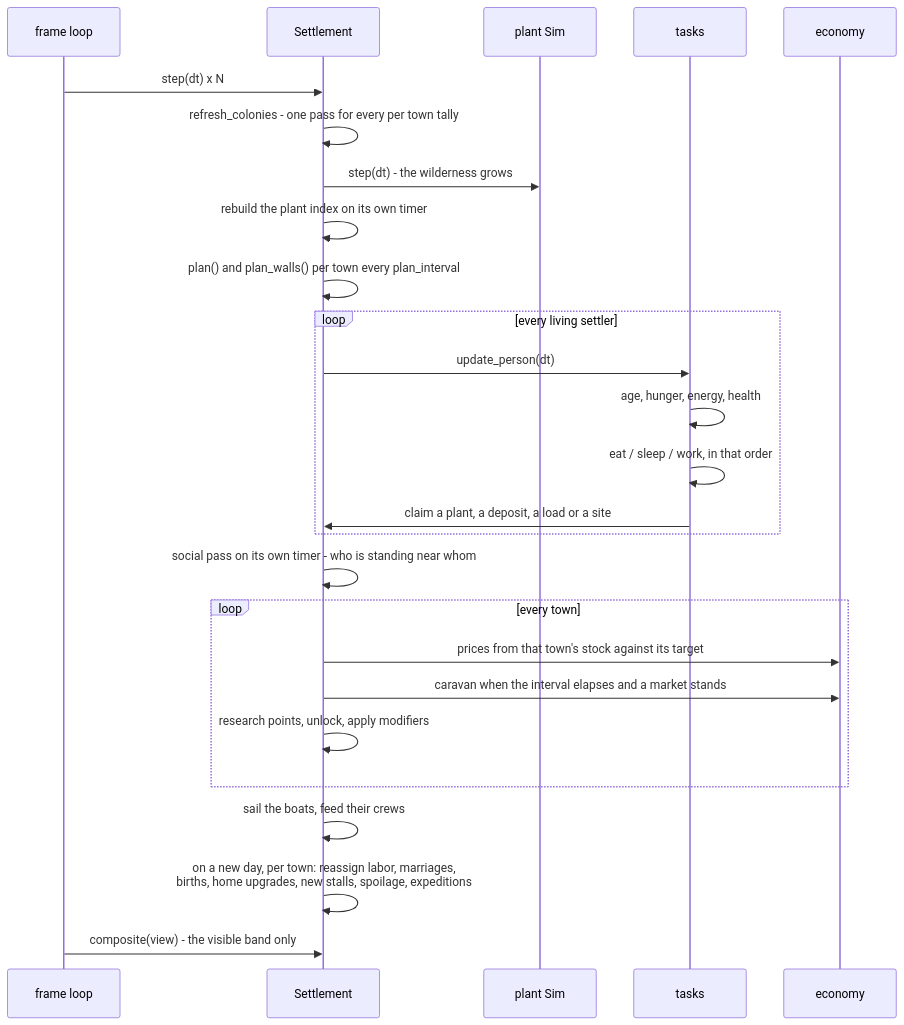
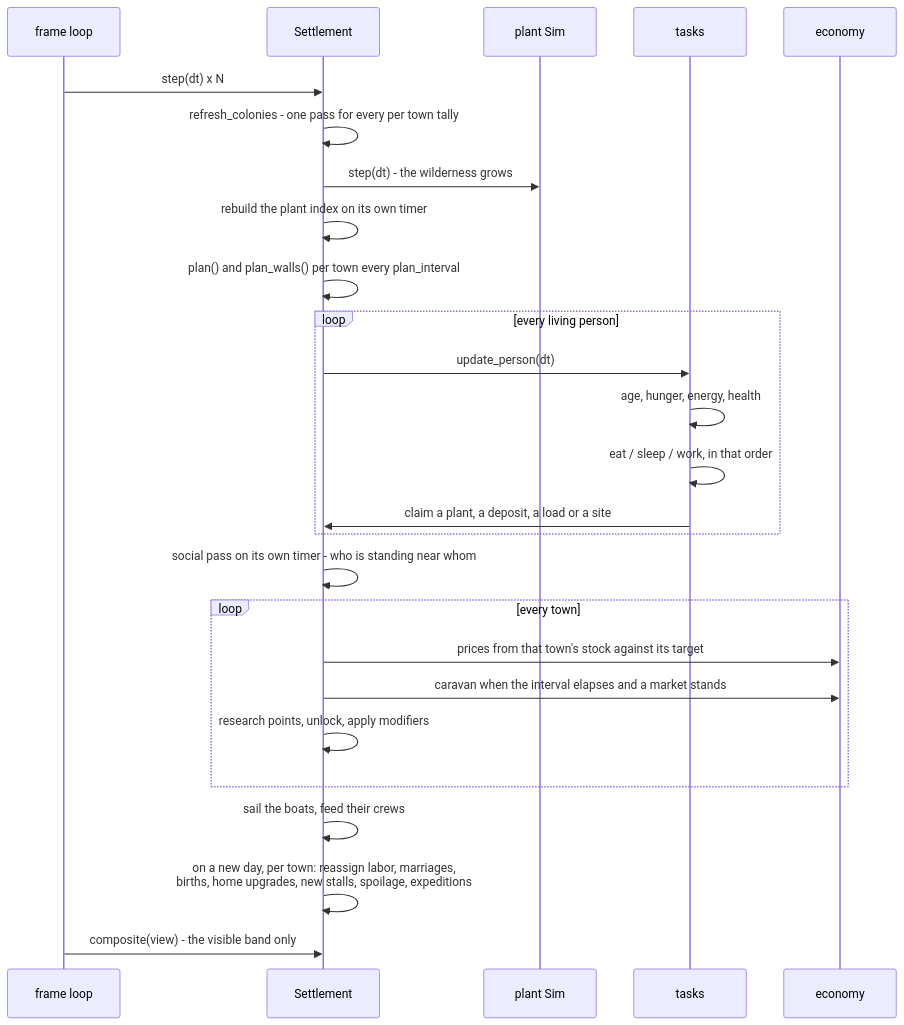
One commit to tmpk13/grow changed diagram 15 of 47 in ARCHITECTURE.md. Above: the diagram before and after it, drawn with Mermaid. The commit also changed other lines of this file and 58 other files, not shown here.

````diff
--- a/ARCHITECTURE.md
+++ b/ARCHITECTURE.md
@@ -787,29 +787,29 @@
 ```mermaid
 sequenceDiagram
   participant L as frame loop
   participant C as Settlement
   participant P as plant Sim
   participant T as tasks
   participant E as economy
 
   L->>C: step(dt) x N
   C->>C: refresh_colonies - one pass for every per town tally
   C->>P: step(dt) - the wilderness grows
   C->>C: rebuild the plant index on its own timer
   C->>C: plan() and plan_walls() per town every plan_interval
-  loop every living settler
+  loop every living person
     C->>T: update_person(dt)
     T->>T: age, hunger, energy, health
     T->>T: eat / sleep / work, in that order
     T->>C: claim a plant, a deposit, a load or a site
   end
   C->>C: social pass on its own timer - who is standing near whom
   loop every town
     C->>E: prices from that town's stock against its target
     C->>E: caravan when the interval elapses and a market stands
     C->>C: research points, unlock, apply modifiers
   end
   C->>C: sail the boats, feed their crews
   C->>C: on a new day, per town: reassign labor, marriages,<br/>births, home upgrades, new stalls, spoilage, expeditions
   L->>C: composite(view) - the visible band only
 ```
````
